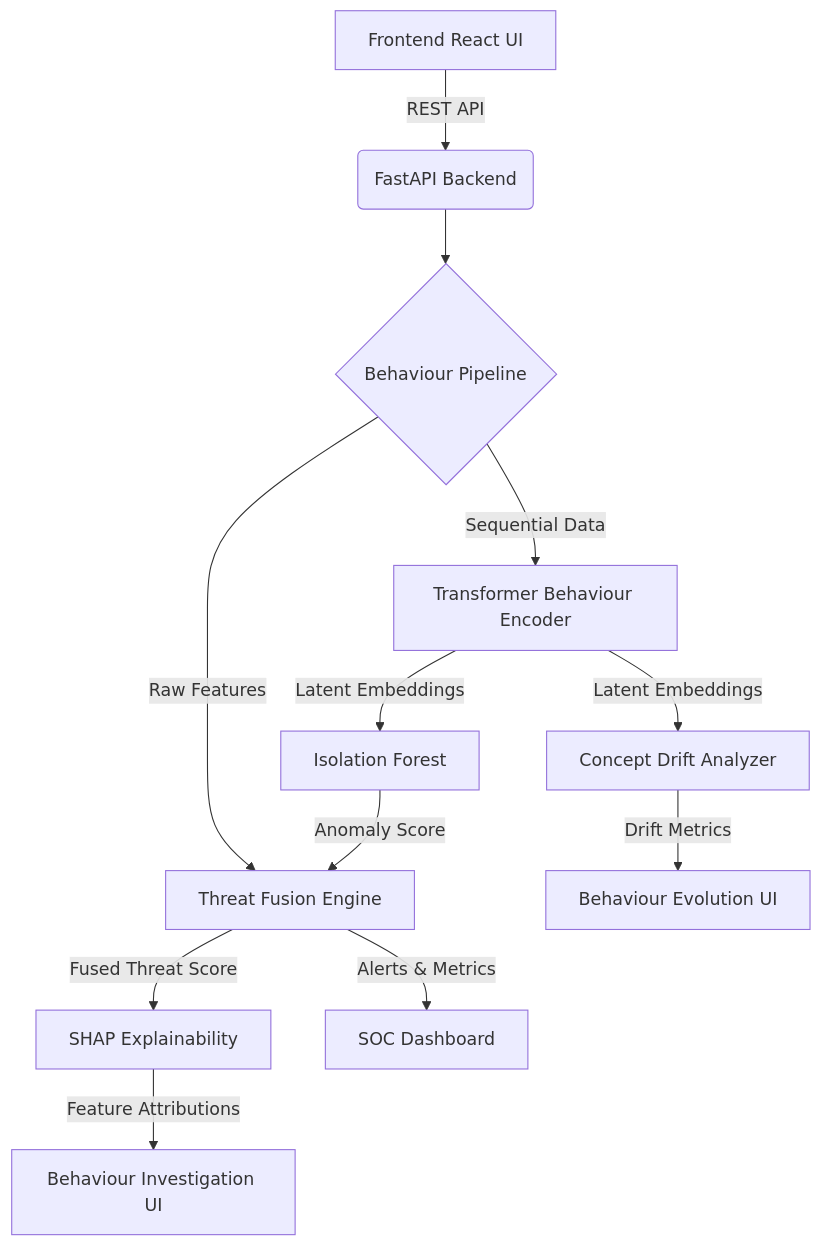
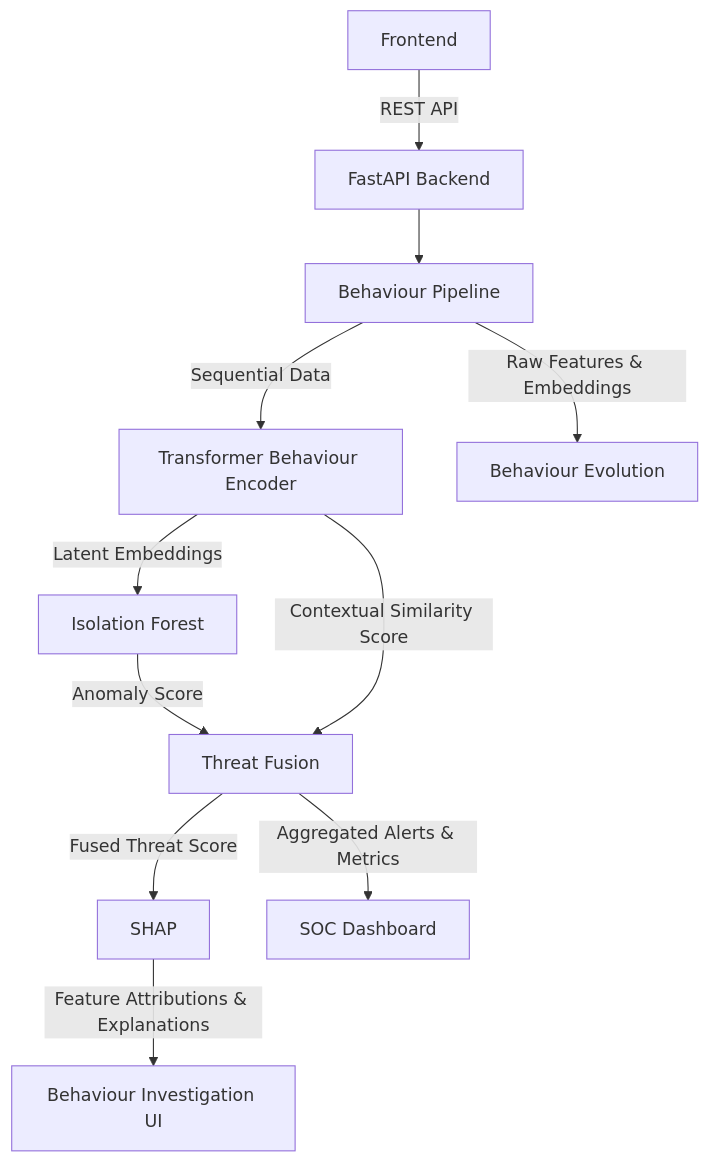
One commit to somiya-namdeo/DeepTrace changed the first of 2 diagrams in README.md. Above: the diagram before and after it, drawn with Mermaid. The commit also changed other lines of this file, not shown here.

````diff
--- a/README.md
+++ b/README.md
@@ -208,14 +216,13 @@
 ```mermaid
 graph TD
-    A[Frontend React UI] -->|REST API| B(FastAPI Backend)
-    B --> C{Behaviour Pipeline}
+    A[Frontend] -->|REST API| B[FastAPI Backend]
+    B --> C[Behaviour Pipeline]
     C -->|Sequential Data| D[Transformer Behaviour Encoder]
     D -->|Latent Embeddings| E[Isolation Forest]
-    D -->|Latent Embeddings| F[Concept Drift Analyzer]
-    E -->|Anomaly Score| G[Threat Fusion Engine]
-    C -->|Raw Features| G
-    G -->|Fused Threat Score| H[SHAP Explainability]
-    H -->|Feature Attributions| I[Behaviour Investigation UI]
-    F -->|Drift Metrics| J[Behaviour Evolution UI]
-    G -->|Alerts & Metrics| K[SOC Dashboard]
+    E -->|Anomaly Score| F[Threat Fusion]
+    D -->|Contextual Similarity Score| F
+    F -->|Fused Threat Score| G[SHAP]
+    G -->|Feature Attributions & Explanations| H[Behaviour Investigation UI]
+    C -->|Raw Features & Embeddings| I[Behaviour Evolution]
+    F -->|Aggregated Alerts & Metrics| J[SOC Dashboard]
 ```
````
